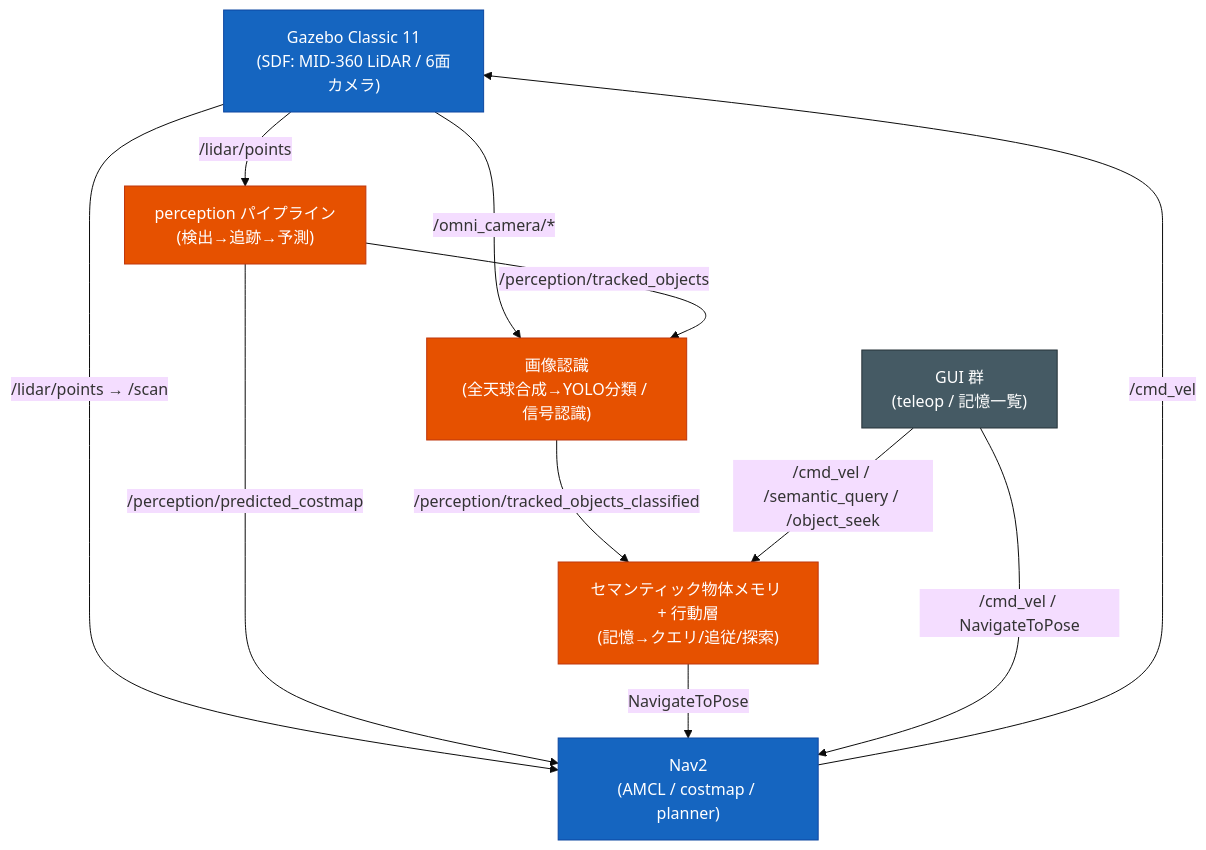
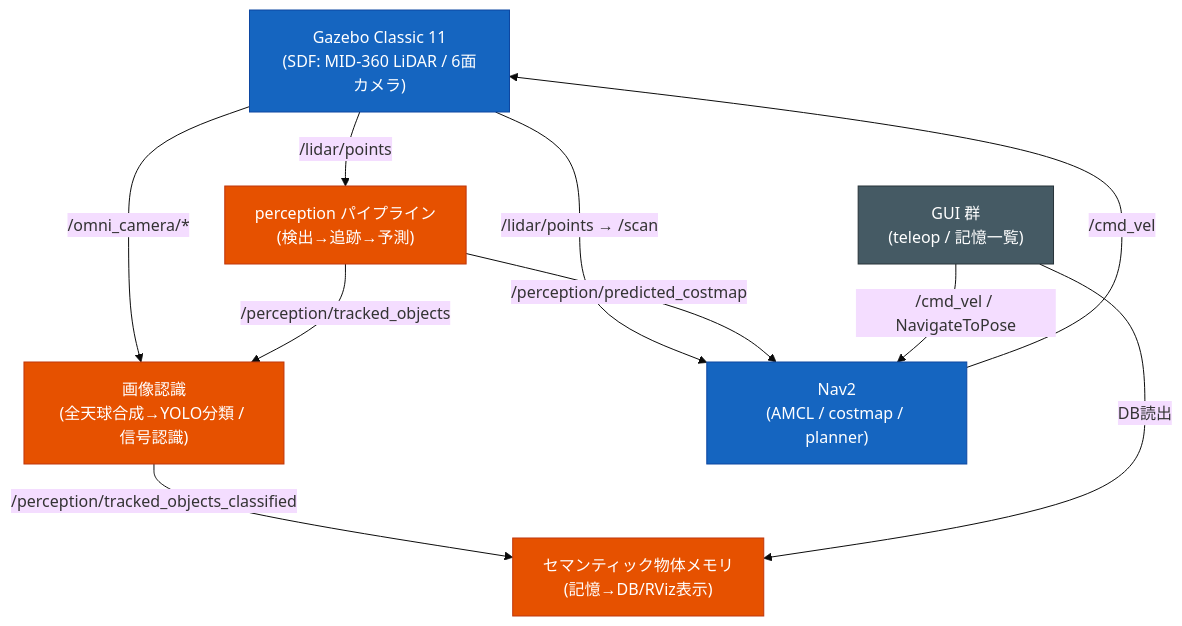
The first of 4 diagrams in docs/node_topology.md (sato-susumu/susumu_object_perception), drawn with Mermaid (base theme) before and after one commit. The commit also changed other lines of this file and 13 other files, not shown here.

Commit message:
Remove object search and query features

````diff
--- a/docs/node_topology.md
+++ b/docs/node_topology.md
@@ -16,24 +16,23 @@
 ```mermaid
 flowchart TD
   GZ["Gazebo Classic 11<br/>(SDF: MID-360 LiDAR / 6面カメラ)"]:::ext
   PERC["perception パイプライン<br/>(検出→追跡→予測)"]:::own
   IMG["画像認識<br/>(全天球合成→YOLO分類 / 信号認識)"]:::own
-  MEM["セマンティック物体メモリ + 行動層<br/>(記憶→クエリ/追従/探索)"]:::own
+  MEM["セマンティック物体メモリ<br/>(記憶→DB/RViz表示)"]:::own
   NAV["Nav2<br/>(AMCL / costmap / planner)"]:::ext
   GUI["GUI 群<br/>(teleop / 記憶一覧)"]:::aux
 
   GZ -->|"/lidar/points"| PERC
   GZ -->|"/omni_camera/*"| IMG
   GZ -->|"/lidar/points → /scan"| NAV
   PERC -->|"/perception/tracked_objects"| IMG
   IMG -->|"/perception/tracked_objects_classified"| MEM
   PERC -->|"/perception/predicted_costmap"| NAV
-  MEM -->|"NavigateToPose"| NAV
-  GUI -->|"/cmd_vel / /semantic_query / /object_seek"| MEM
+  GUI -->|"DB読出"| MEM
   GUI -->|"/cmd_vel / NavigateToPose"| NAV
   NAV -->|"/cmd_vel"| GZ
 
   classDef own fill:#e65100,stroke:#bf360c,color:#fff;
   classDef ext fill:#1565c0,stroke:#0d47a1,color:#fff;
   classDef aux fill:#455a64,stroke:#263238,color:#fff;
 ```
````
